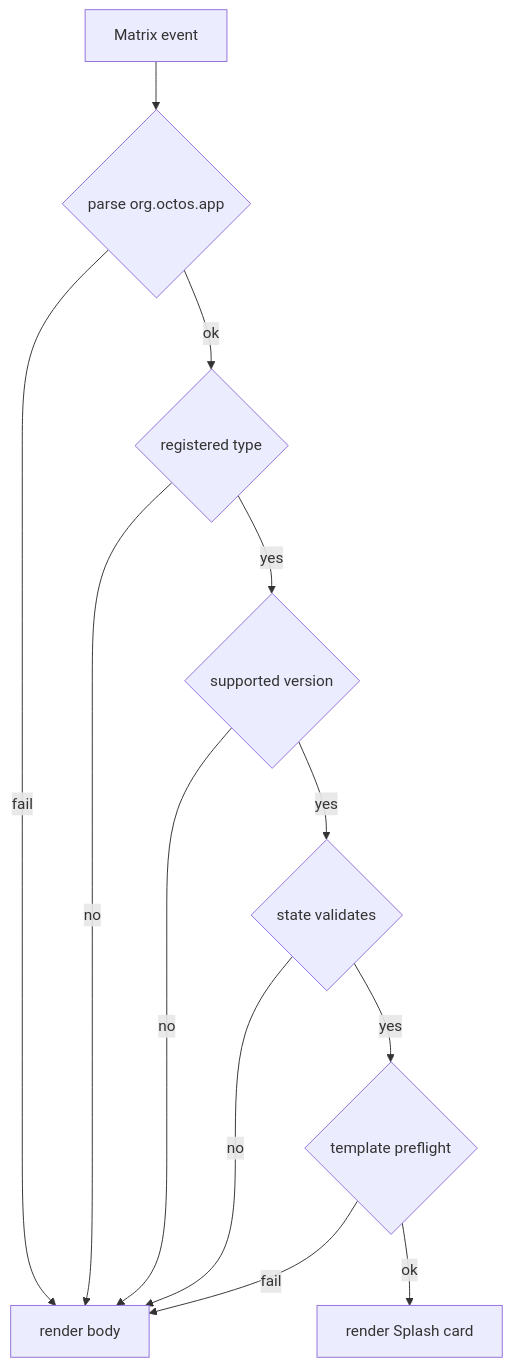
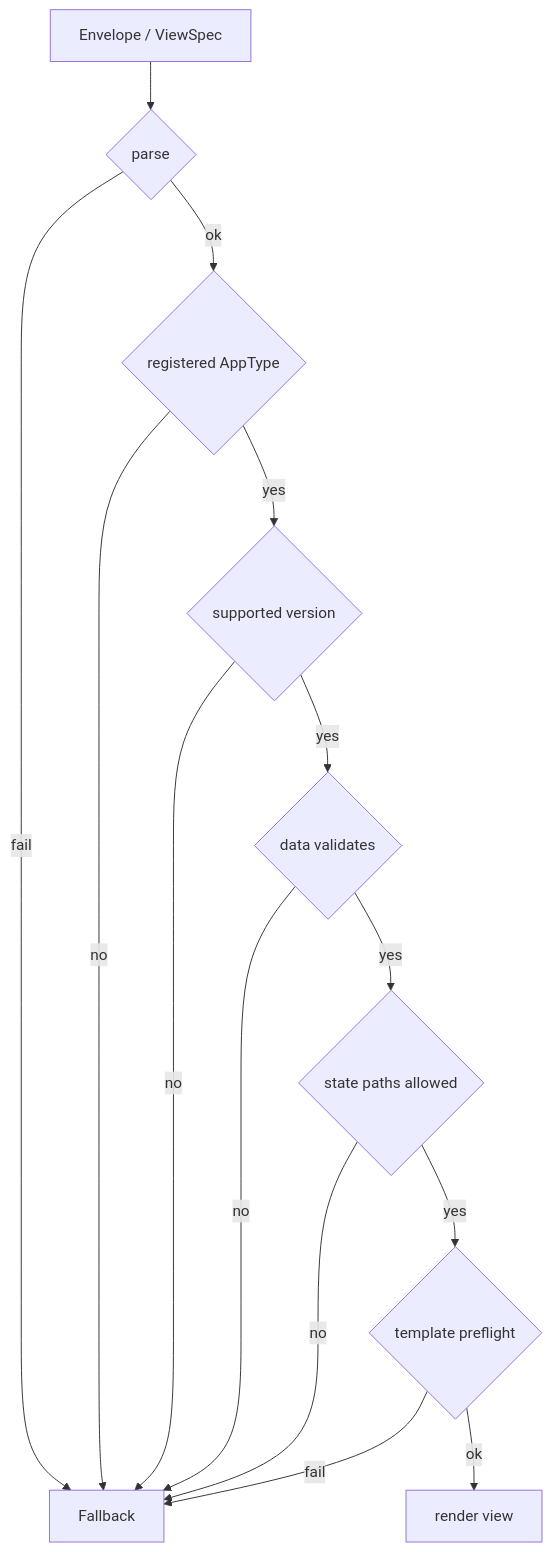
The second of 2 diagrams in examples/aichat/specs/agent2app-book/src/04-envelope-and-scope.md (ZhangHanDong/makepad), drawn with Mermaid before and after one commit. The commit also changed other lines of this file and 37 other files, not shown here.

````diff
--- a/examples/aichat/specs/agent2app-book/src/04-envelope-and-scope.md
+++ b/examples/aichat/specs/agent2app-book/src/04-envelope-and-scope.md
@@ -88,14 +124,16 @@
 ```mermaid
 flowchart TD
-    E[Matrix event] --> P{parse org.octos.app}
-    P -->|fail| B[render body]
-    P -->|ok| T{registered type}
+    E[Envelope / ViewSpec] --> P{parse}
+    P -->|fail| B[Fallback]
+    P -->|ok| T{registered AppType}
     T -->|no| B
     T -->|yes| V{supported version}
     V -->|no| B
-    V -->|yes| S{state validates}
+    V -->|yes| D{data validates}
+    D -->|no| B
+    D -->|yes| S{state paths allowed}
     S -->|no| B
     S -->|yes| TM{template preflight}
     TM -->|fail| B
-    TM -->|ok| R[render Splash card]
+    TM -->|ok| R[render view]
 ```
````
